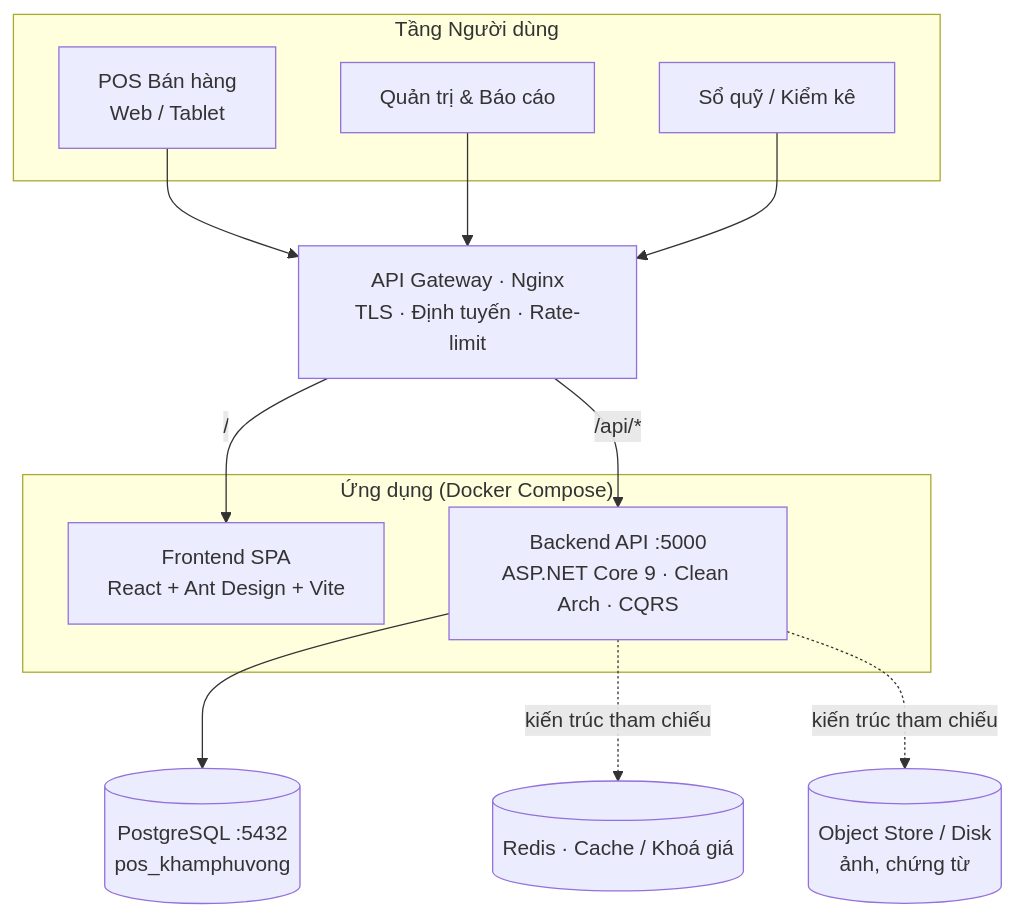
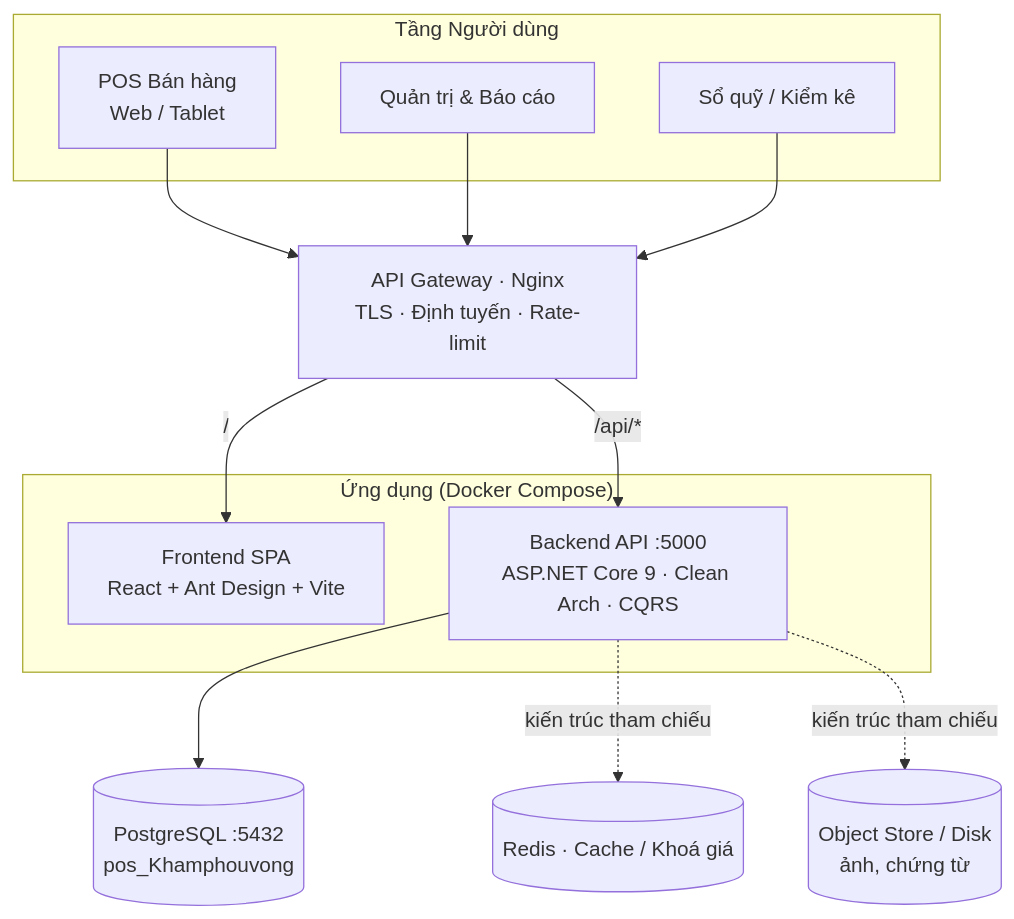
Before and after one commit to dangwd/pos-system: the first of 15 diagrams in docs/Sơ đồ Kiến trúc & Luồng Nghiệp vụ.md, drawn with Mermaid. The commit also changed other lines of this file and 16 other files, not shown here.

````diff
--- a/docs/Sơ đồ Kiến trúc & Luồng Nghiệp vụ.md
+++ b/docs/Sơ đồ Kiến trúc & Luồng Nghiệp vụ.md
@@ -31,28 +31,28 @@
 ```mermaid
 flowchart TB
     subgraph CLIENT["Tầng Người dùng"]
         POS["POS Bán hàng<br/>Web / Tablet"]
         ADMIN["Quản trị & Báo cáo"]
         QUY["Sổ quỹ / Kiểm kê"]
     end
 
     NGINX["API Gateway · Nginx<br/>TLS · Định tuyến · Rate-limit"]
 
     subgraph APP["Ứng dụng (Docker Compose)"]
         FE["Frontend SPA<br/>React + Ant Design + Vite"]
         API["Backend API :5000<br/>ASP.NET Core 9 · Clean Arch · CQRS"]
     end
 
-    PG[("PostgreSQL :5432<br/>pos_khamphuvong")]
+    PG[("PostgreSQL :5432<br/>pos_Khamphouvong")]
     REDIS[("Redis · Cache / Khoá giá")]
     OBJ[("Object Store / Disk<br/>ảnh, chứng từ")]
 
     POS --> NGINX
     ADMIN --> NGINX
     QUY --> NGINX
     NGINX -->|"/"| FE
     NGINX -->|"/api/*"| API
     API --> PG
     API -.->|kiến trúc tham chiếu| REDIS
     API -.->|kiến trúc tham chiếu| OBJ
 ```
````
